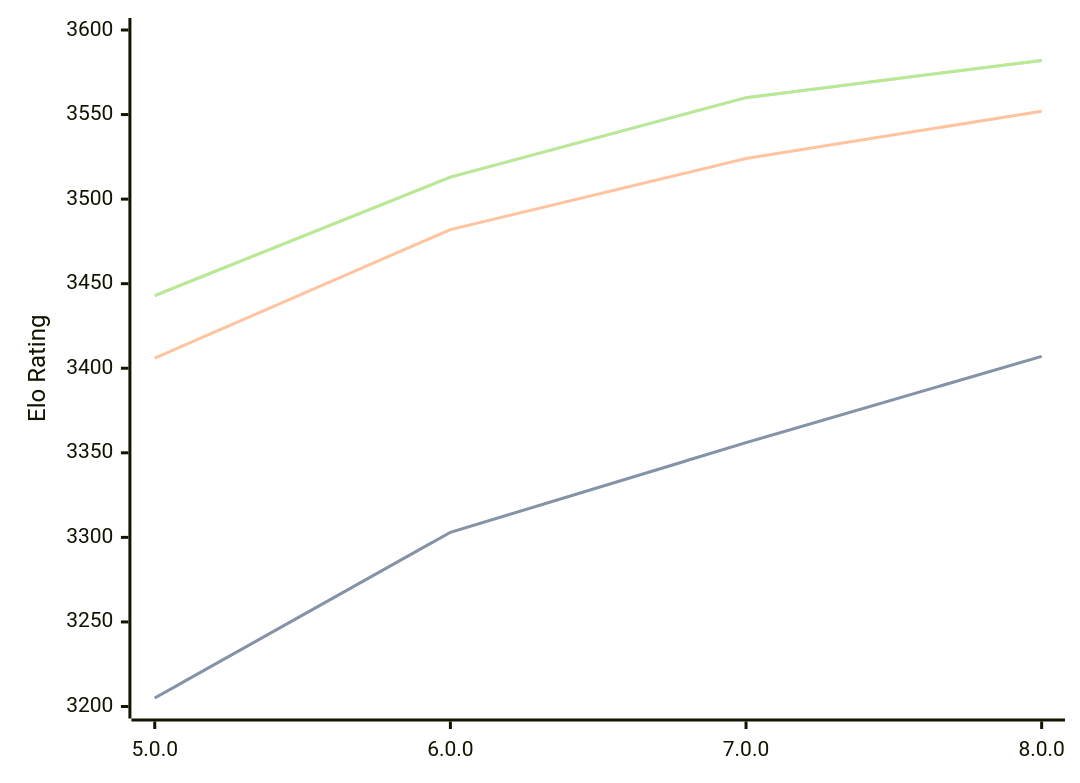
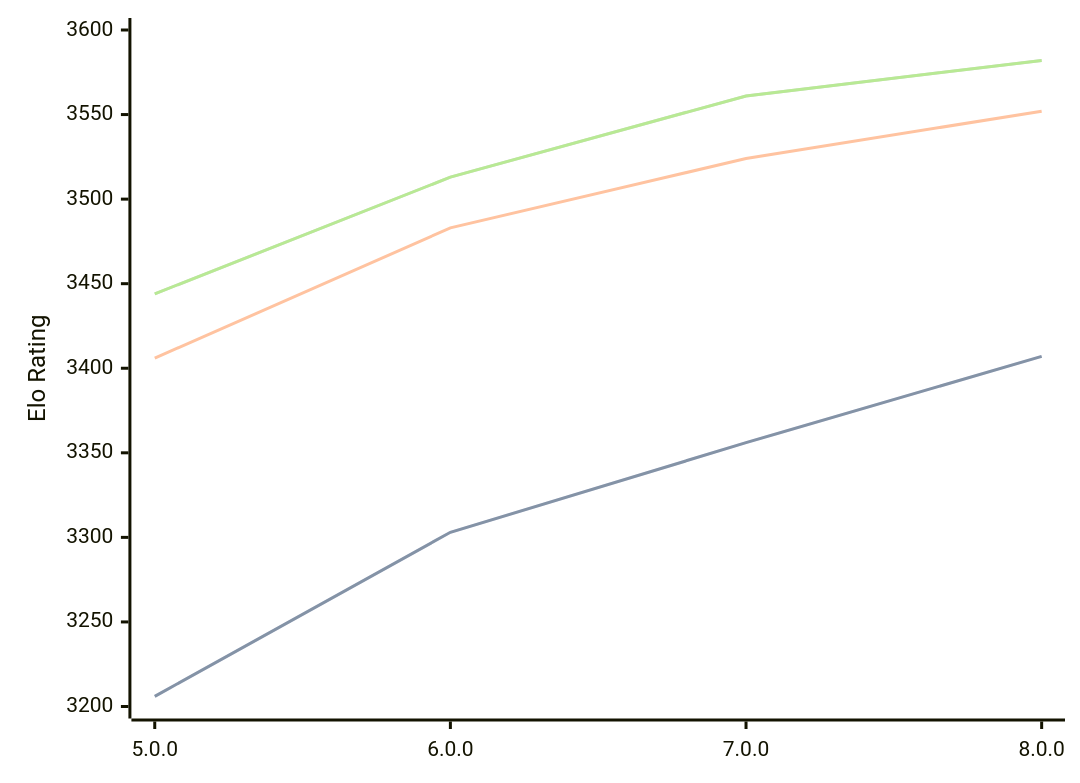
Before and after one commit to computer-chess-index/cci: the diagram in engines/Stormphrax.md, drawn with Mermaid. The commit also changed other lines of this file, not shown here.

Commit message:
Update CCI Ratings (ELO VLTC) - 2026-09-18

````diff
--- a/engines/Stormphrax.md
+++ b/engines/Stormphrax.md
@@ -34,11 +34,11 @@
 ```mermaid
 %%{init: {"theme":"base","themeVariables":{"seriesColors:['#a3a3a3','#222221','#faa371']}}}%%
 xychart-beta
   x-axis ["5.0.0", "6.0.0", "7.0.0", "8.0.0"]
   y-axis "Elo Rating" 3200 --> 3600
-  line "" [3205, 3303, 3356, 3407]
-  line "STC (8.0+0.08s)" [3205, 3303, 3356, 3407]
-  line "LTC (60.0+0.60s)" [3406, 3482, 3524, 3552]
-  line "" [3443, 3513, 3560, 3582]
-  line "VLTC (2m24s+1.12s)" [3443, 3513, 3560, 3582]
+  line "" [3206, 3303, 3356, 3407]
+  line "STC (8.0+0.08s)" [3206, 3303, 3356, 3407]
+  line "LTC (60.0+0.60s)" [3406, 3483, 3524, 3552]
+  line "" [3444, 3513, 3561, 3582]
+  line "VLTC (2m24s+1.12s)" [3444, 3513, 3561, 3582]
 ```
````
